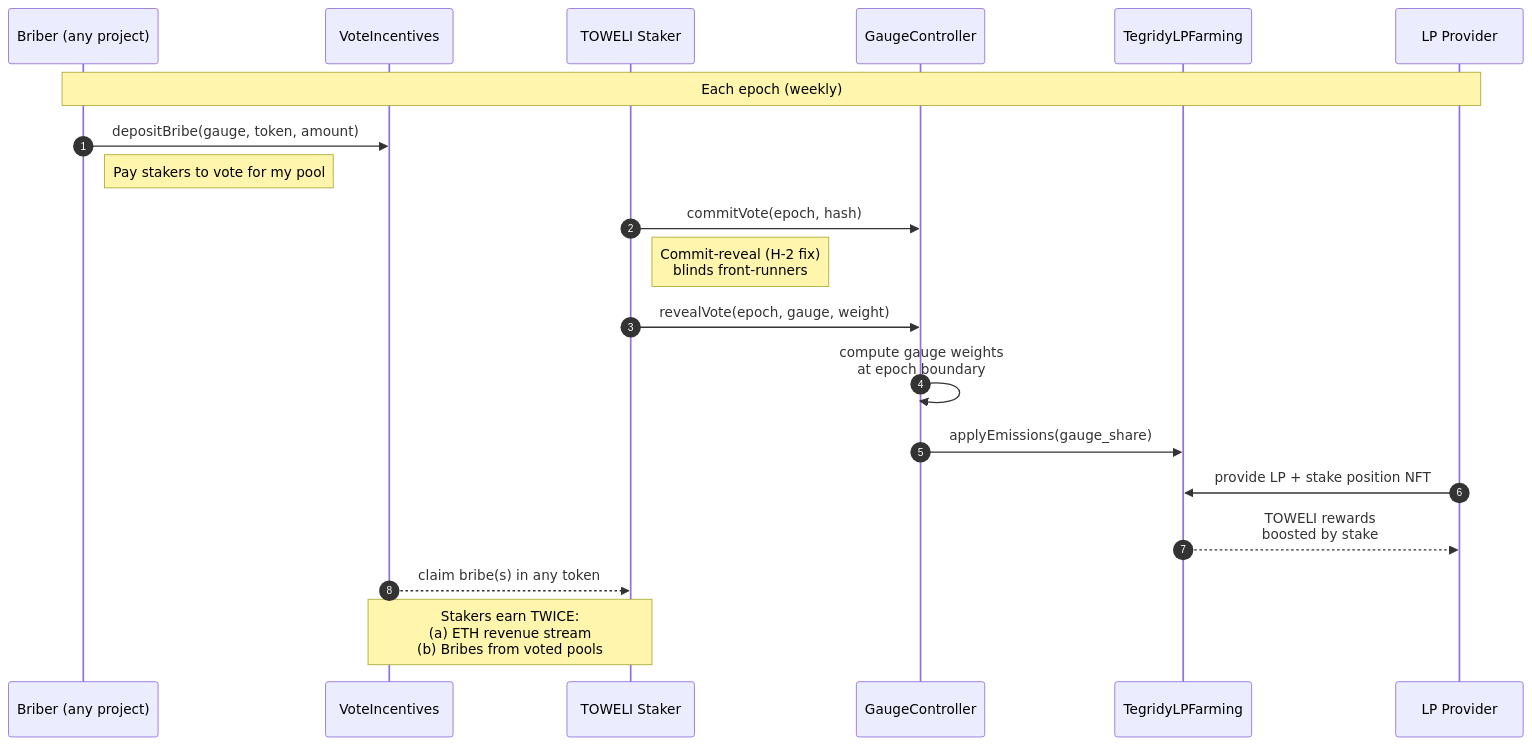
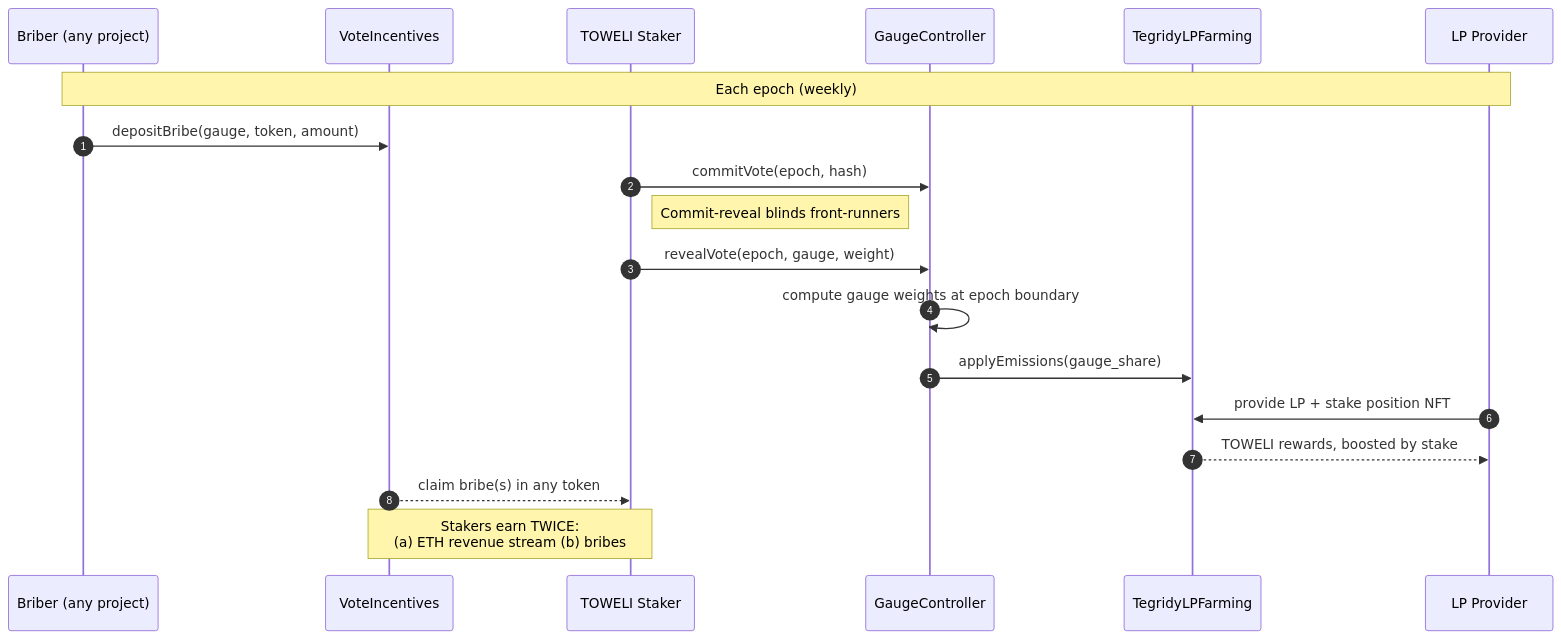
Before and after one commit to fomotsar-commits/tegridy-farms: the third of 3 diagrams in README.md, drawn with Mermaid. The commit also changed other lines of this file, not shown here.

````diff
--- a/README.md
+++ b/README.md
@@ -161,28 +169,23 @@
 ```mermaid
 sequenceDiagram
     autonumber
     participant Briber as Briber (any project)
     participant VI as VoteIncentives
     participant Staker as TOWELI Staker
     participant GC as GaugeController
     participant LP as TegridyLPFarming
     participant LPer as LP Provider
 
     Note over Briber,LPer: Each epoch (weekly)
 
     Briber->>VI: depositBribe(gauge, token, amount)
-    Note right of Briber: Pay stakers to vote for my pool
-
     Staker->>GC: commitVote(epoch, hash)
-    Note right of Staker: Commit-reveal (H-2 fix)<br/>blinds front-runners
-
+    Note right of Staker: Commit-reveal blinds front-runners
     Staker->>GC: revealVote(epoch, gauge, weight)
-    GC->>GC: compute gauge weights<br/>at epoch boundary
+    GC->>GC: compute gauge weights at epoch boundary
     GC->>LP: applyEmissions(gauge_share)
-
     LPer->>LP: provide LP + stake position NFT
-    LP-->>LPer: TOWELI rewards<br/>boosted by stake
-
+    LP-->>LPer: TOWELI rewards, boosted by stake
     VI-->>Staker: claim bribe(s) in any token
-    Note over VI,Staker: Stakers earn TWICE:<br/>(a) ETH revenue stream<br/>(b) Bribes from voted pools
+    Note over VI,Staker: Stakers earn TWICE:<br/>(a) ETH revenue stream (b) bribes
 ```
````
